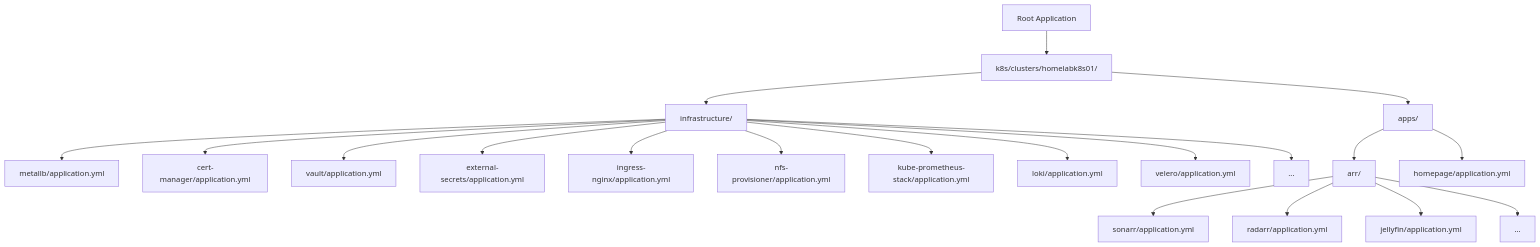
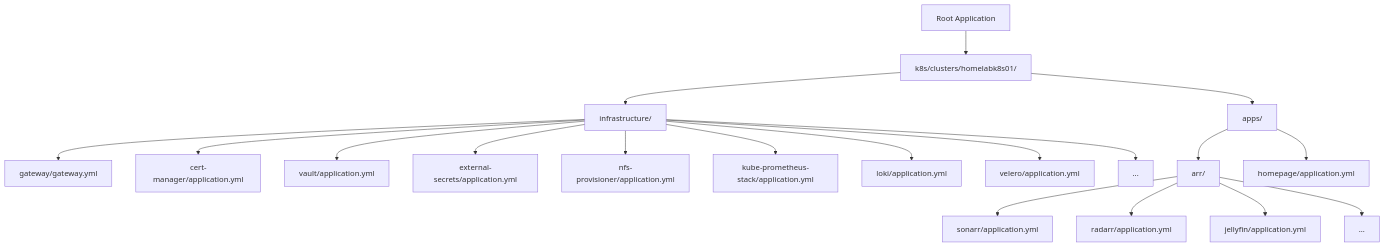
Before and after one commit to kyleseneker/homelab: the first of 3 diagrams in docs/architecture/gitops.md, drawn with Mermaid. The commit also changed other lines of this file and 42 other files, not shown here.

Commit message:
docs: fix stale ingress-nginx/MetalLB refs, add ADRs and OpenClaw docs

````diff
--- a/docs/architecture/gitops.md
+++ b/docs/architecture/gitops.md
@@ -9,25 +9,24 @@
 ```mermaid
 flowchart TD
     rootApp["Root Application"] --> clusterDir["k8s/clusters/homelabk8s01/"]
     clusterDir --> infraDir["infrastructure/"]
     clusterDir --> appsDir["apps/"]
 
-    infraDir --> metallb["metallb/application.yml"]
+    infraDir --> gateway["gateway/gateway.yml"]
     infraDir --> certManager["cert-manager/application.yml"]
     infraDir --> vault["vault/application.yml"]
     infraDir --> externalSecrets["external-secrets/application.yml"]
-    infraDir --> ingressNginx["ingress-nginx/application.yml"]
     infraDir --> nfsProvisioner["nfs-provisioner/application.yml"]
     infraDir --> prometheusStack["kube-prometheus-stack/application.yml"]
     infraDir --> loki["loki/application.yml"]
     infraDir --> velero["velero/application.yml"]
     infraDir --> moreInfra["..."]
 
     appsDir --> arrDir["arr/"]
     appsDir --> homepage["homepage/application.yml"]
 
     arrDir --> sonarr["sonarr/application.yml"]
     arrDir --> radarr["radarr/application.yml"]
     arrDir --> jellyfin["jellyfin/application.yml"]
     arrDir --> moreArr["..."]
 ```
````
